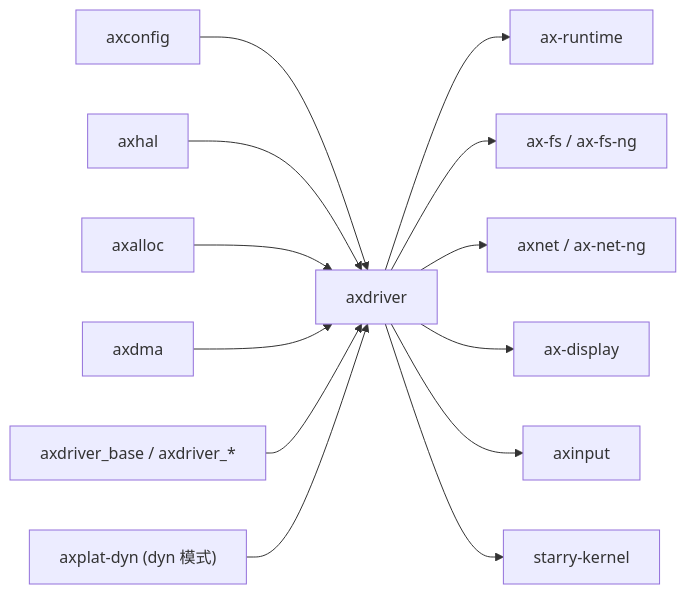
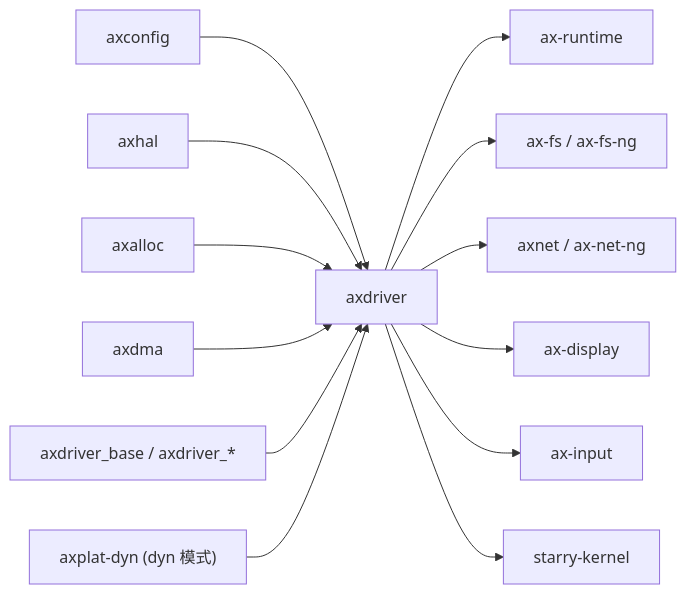
Before and after one commit to zKurisu/tgoskits: the second of 2 diagrams in docs/crates/axdriver.md, drawn with Mermaid. The commit also changed other lines of this file and 26 other files, not shown here.

Commit message:
rename axinput to ax-input

````diff
--- a/docs/crates/axdriver.md
+++ b/docs/crates/axdriver.md
@@ -124,16 +124,16 @@
 ```mermaid
 graph LR
     axconfig["axconfig"] --> axdriver["axdriver"]
     axhal["axhal"] --> axdriver
     axalloc["axalloc"] --> axdriver
     axdma["axdma"] --> axdriver
     axdriver_base["axdriver_base / axdriver_*"] --> axdriver
     axplat_dyn["axplat-dyn (dyn 模式)"] --> axdriver
 
     axdriver --> ax-runtime["ax-runtime"]
     axdriver --> ax-fs["ax-fs / ax-fs-ng"]
     axdriver --> axnet["axnet / ax-net-ng"]
     axdriver --> ax-display["ax-display"]
-    axdriver --> axinput["axinput"]
+    axdriver --> ax-input["ax-input"]
     axdriver --> starry_kernel["starry-kernel"]
 ```
````
